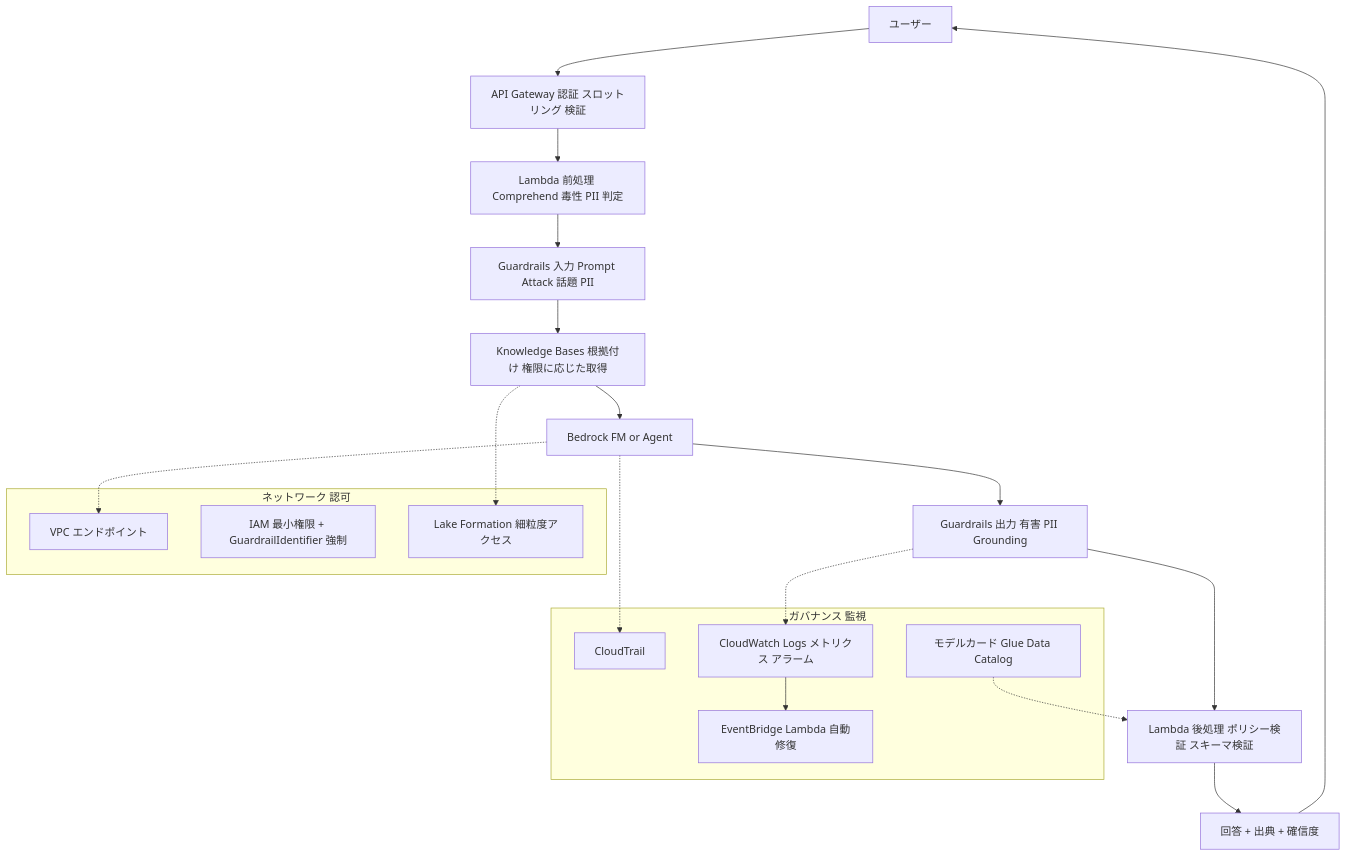
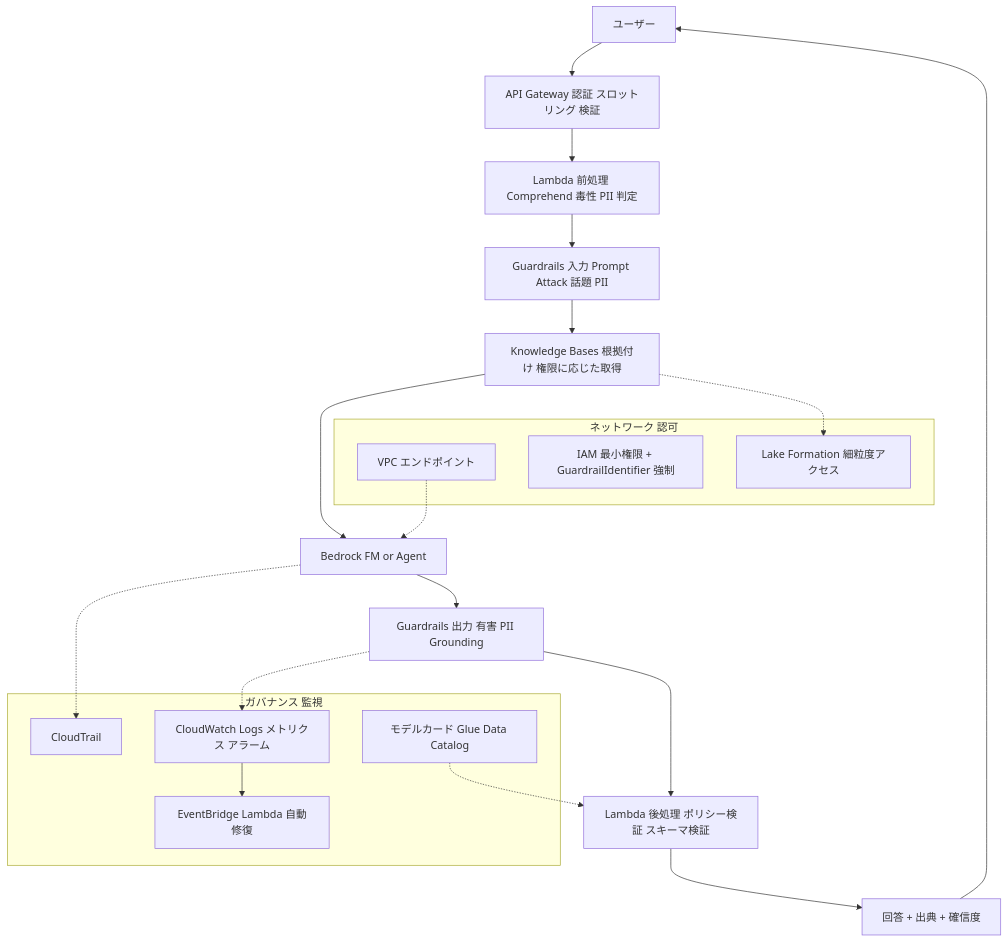
One commit to myoshi2891/Cloud-Infrastructure-and-Network-Studies changed diagram 19 of 19 in Aws-aip-c01-domain3-ai-safety-security-governance-guide.md. Above: the diagram before and after it, drawn with Mermaid.

Commit message:
docs(aws): fix VPC endpoint arrow direction in AIP domain 3 governance flowchart

````diff
--- a/Aws-aip-c01-domain3-ai-safety-security-governance-guide.md
+++ b/Aws-aip-c01-domain3-ai-safety-security-governance-guide.md
@@ -1051,32 +1051,32 @@
 ```mermaid
 flowchart TD
     U["ユーザー"] --> AG["API Gateway 認証 スロットリング 検証"]
     AG --> PRE["Lambda 前処理 Comprehend 毒性 PII 判定"]
     PRE --> GI["Guardrails 入力 Prompt Attack 話題 PII"]
     GI --> RAG["Knowledge Bases 根拠付け 権限に応じた取得"]
     RAG --> FM["Bedrock FM or Agent"]
     FM --> GO["Guardrails 出力 有害 PII Grounding"]
     GO --> POST["Lambda 後処理 ポリシー検証 スキーマ検証"]
     POST --> RES["回答 + 出典 + 確信度"]
     RES --> U
 
     subgraph NET["ネットワーク 認可"]
         VPCE["VPC エンドポイント"]
         IAMX["IAM 最小権限 + GuardrailIdentifier 強制"]
         LFX["Lake Formation 細粒度アクセス"]
     end
 
     subgraph GOV["ガバナンス 監視"]
         CTX["CloudTrail"]
         CWL["CloudWatch Logs メトリクス アラーム"]
         MCX["モデルカード Glue Data Catalog"]
         EVX["EventBridge Lambda 自動修復"]
     end
 
-    FM -.-> VPCE
+    VPCE -.-> FM
     RAG -.-> LFX
     GO -.-> CWL
     CWL --> EVX
     FM -.-> CTX
     MCX -.-> POST
 ```
````
